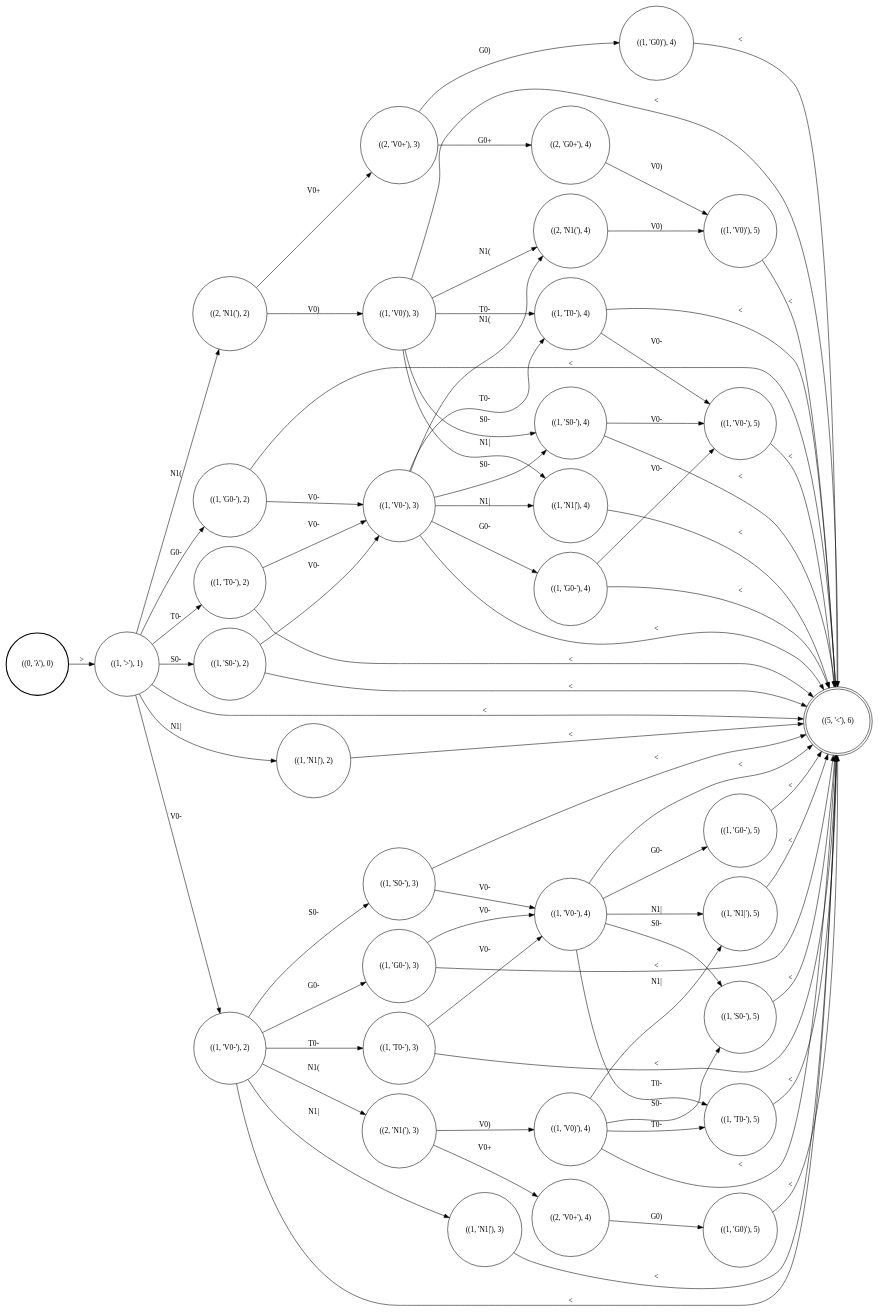
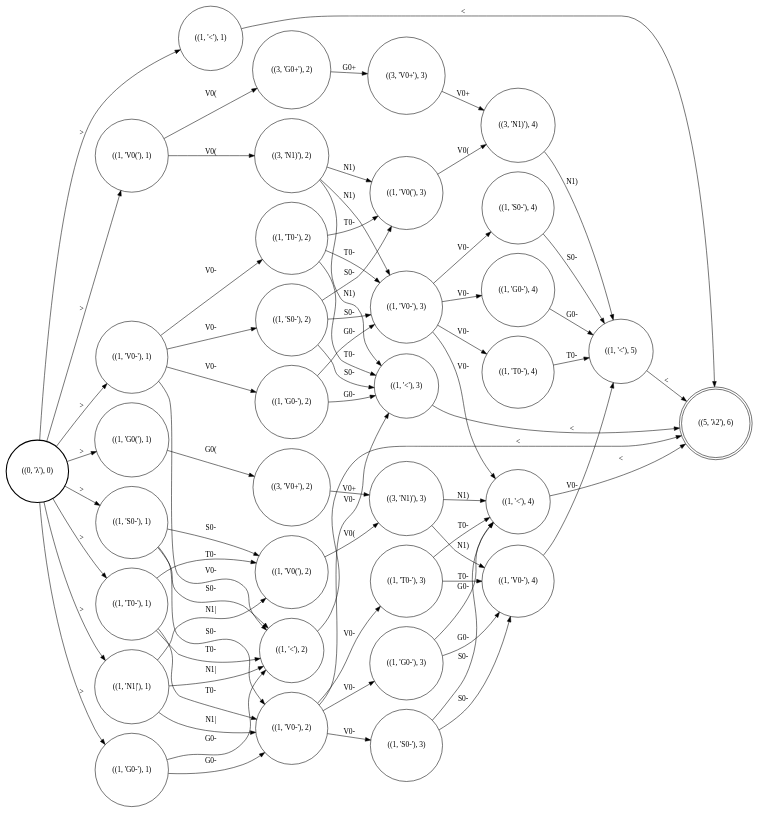
One commit to colincwilson/statgram changed the diagram in demo/nasal_spreading/Output_nasal.dot. Above: the diagram before and after it, drawn with Graphviz. The commit also changed 7 other files, not shown here.

```diff
--- a/demo/nasal_spreading/Output_nasal.dot
+++ b/demo/nasal_spreading/Output_nasal.dot
@@ -1,110 +1,106 @@
 digraph G {
 rankdir=LR;
 node [shape=circle]
-0 [label="((1, 'N1|'), 3)"]
-1 [label="((2, 'V0+'), 3)"]
-2 [label="((1, 'V0-'), 3)"]
-3 [label="((1, 'G0-'), 2)"]
-4 [label="((2, 'N1('), 2)"]
-5 [label="((1, '>'), 1)"]
-6 [label="((1, 'S0-'), 4)"]
-7 [label="((1, 'T0-'), 2)"]
-8 [label="((1, 'N1|'), 4)"]
-9 [label="((1, 'V0-'), 4)"]
-10 [label="((1, 'V0)'), 3)"]
-11 [shape=doublecircle label="((5, '<'), 6)"]
-12 [label="((1, 'S0-'), 3)"]
-13 [label="((1, 'N1|'), 5)"]
-14 [label="((1, 'G0-'), 5)"]
-15 [label="((1, 'V0-'), 5)"]
-16 [label="((1, 'T0-'), 5)"]
-17 [label="((2, 'V0+'), 4)"]
-18 [label="((1, 'G0)'), 4)"]
-19 [label="((1, 'S0-'), 2)"]
-20 [label="((1, 'V0)'), 5)"]
-21 [label="((2, 'N1('), 4)"]
-22 [label="((1, 'G0-'), 4)"]
-23 [label="((1, 'T0-'), 4)"]
-24 [label="((1, 'N1|'), 2)"]
-25 [label="((1, 'V0-'), 2)"]
-26 [label="((1, 'G0)'), 5)"]
-27 [label="((1, 'G0-'), 3)"]
-28 [label="((1, 'V0)'), 4)"]
-29 [label="((2, 'N1('), 3)"]
-30 [style=bold label="((0, 'λ'), 0)"]
-31 [label="((2, 'G0+'), 4)"]
-32 [label="((1, 'S0-'), 5)"]
-33 [label="((1, 'T0-'), 3)"]
-25 -> 11 [label="<"]
-21 -> 20 [label="V0)"]
-25 -> 33 [label="T0-"]
-9 -> 32 [label="S0-"]
-25 -> 27 [label="G0-"]
-3 -> 11 [label="<"]
-9 -> 13 [label="N1|"]
+0 [label="((3, 'V0+'), 3)"]
+1 [label="((1, 'S0-'), 1)"]
+2 [label="((1, '<'), 3)"]
+3 [label="((1, 'V0-'), 2)"]
+4 [label="((3, 'G0+'), 2)"]
+5 [label="((1, 'G0-'), 3)"]
+6 [label="((1, 'G0('), 1)"]
+7 [label="((3, 'N1)'), 2)"]
+8 [label="((1, 'V0('), 3)"]
+9 [label="((1, 'T0-'), 2)"]
+10 [label="((1, '<'), 2)"]
+11 [label="((1, 'V0-'), 3)"]
+12 [label="((1, 'S0-'), 4)"]
+13 [label="((3, 'N1)'), 3)"]
+14 [label="((1, 'V0('), 2)"]
+15 [label="((1, 'T0-'), 3)"]
+16 [label="((1, '<'), 5)"]
+17 [label="((1, 'G0-'), 4)"]
+18 [label="((1, 'S0-'), 3)"]
+19 [label="((1, '<'), 1)"]
+20 [label="((1, 'V0-'), 4)"]
+21 [label="((3, 'N1)'), 4)"]
+22 [label="((1, 'V0('), 1)"]
+23 [style=bold label="((0, 'λ'), 0)"]
+24 [label="((1, 'G0-'), 1)"]
+25 [label="((1, '<'), 4)"]
+26 [label="((1, 'T0-'), 4)"]
+27 [label="((1, 'V0-'), 1)"]
+28 [label="((1, 'N1|'), 1)"]
+29 [label="((3, 'V0+'), 2)"]
+30 [label="((1, 'S0-'), 2)"]
+31 [shape=doublecircle label="((5, 'λ2'), 6)"]
+32 [label="((1, 'T0-'), 1)"]
+33 [label="((1, 'G0-'), 2)"]
+32 -> 14 [label="T0-"]
+25 -> 31 [label="<"]
+32 -> 3 [label="T0-"]
+9 -> 11 [label="T0-"]
+23 -> 19 [label=">"]
+19 -> 31 [label="<"]
+7 -> 2 [label="N1)"]
+15 -> 25 [label="T0-"]
+11 -> 12 [label="V0-"]
+7 -> 8 [label="N1)"]
+23 -> 6 [label=">"]
+1 -> 14 [label="S0-"]
+23 -> 1 [label=">"]
+1 -> 3 [label="S0-"]
+7 -> 11 [label="N1)"]
+13 -> 20 [label="N1)"]
+1 -> 10 [label="S0-"]
+23 -> 32 [label=">"]
+29 -> 13 [label="V0+"]
+5 -> 20 [label="G0-"]
+27 -> 9 [label="V0-"]
+5 -> 25 [label="G0-"]
+24 -> 3 [label="G0-"]
+20 -> 16 [label="V0-"]
+14 -> 13 [label="V0("]
+27 -> 30 [label="V0-"]
+33 -> 11 [label="G0-"]
+9 -> 8 [label="T0-"]
+27 -> 10 [label="V0-"]
+24 -> 10 [label="G0-"]
+11 -> 25 [label="V0-"]
+27 -> 33 [label="V0-"]
+33 -> 2 [label="G0-"]
+11 -> 17 [label="V0-"]
+4 -> 0 [label="G0+"]
+18 -> 20 [label="S0-"]
+12 -> 16 [label="S0-"]
+28 -> 14 [label="N1|"]
+3 -> 15 [label="V0-"]
+18 -> 25 [label="S0-"]
+28 -> 10 [label="N1|"]
+3 -> 18 [label="V0-"]
+28 -> 3 [label="N1|"]
+2 -> 31 [label="<"]
+8 -> 21 [label="V0("]
+22 -> 4 [label="V0("]
 3 -> 2 [label="V0-"]
-9 -> 11 [label="<"]
-0 -> 11 [label="<"]
-9 -> 16 [label="T0-"]
-1 -> 18 [label="G0)"]
-9 -> 14 [label="G0-"]
-1 -> 31 [label="G0+"]
-17 -> 26 [label="G0)"]
-12 -> 11 [label="<"]
-12 -> 9 [label="V0-"]
-6 -> 11 [label="<"]
-2 -> 6 [label="S0-"]
-6 -> 15 [label="V0-"]
-2 -> 21 [label="N1("]
-18 -> 11 [label="<"]
-2 -> 8 [label="N1|"]
-28 -> 32 [label="S0-"]
-2 -> 11 [label="<"]
-30 -> 5 [label=">"]
-28 -> 11 [label="<"]
-2 -> 23 [label="T0-"]
-5 -> 24 [label="N1|"]
-2 -> 22 [label="G0-"]
-5 -> 11 [label="<"]
-28 -> 13 [label="N1|"]
-10 -> 6 [label="S0-"]
-5 -> 25 [label="V0-"]
-28 -> 16 [label="T0-"]
-10 -> 11 [label="<"]
-5 -> 3 [label="G0-"]
-31 -> 20 [label="V0)"]
-10 -> 21 [label="N1("]
-5 -> 19 [label="S0-"]
-10 -> 8 [label="N1|"]
-5 -> 7 [label="T0-"]
-8 -> 11 [label="<"]
-10 -> 23 [label="T0-"]
-5 -> 4 [label="N1("]
-14 -> 11 [label="<"]
-27 -> 11 [label="<"]
-23 -> 15 [label="V0-"]
-19 -> 11 [label="<"]
-15 -> 11 [label="<"]
-27 -> 9 [label="V0-"]
-19 -> 2 [label="V0-"]
-16 -> 11 [label="<"]
-29 -> 17 [label="V0+"]
-24 -> 11 [label="<"]
-26 -> 11 [label="<"]
-29 -> 28 [label="V0)"]
-4 -> 1 [label="V0+"]
-20 -> 11 [label="<"]
-33 -> 11 [label="<"]
-4 -> 10 [label="V0)"]
-13 -> 11 [label="<"]
-33 -> 9 [label="V0-"]
-7 -> 11 [label="<"]
-32 -> 11 [label="<"]
-22 -> 11 [label="<"]
-7 -> 2 [label="V0-"]
-22 -> 15 [label="V0-"]
-25 -> 12 [label="S0-"]
-23 -> 11 [label="<"]
-25 -> 29 [label="N1("]
-25 -> 0 [label="N1|"]
+23 -> 22 [label=">"]
+3 -> 5 [label="V0-"]
+17 -> 16 [label="G0-"]
+30 -> 8 [label="S0-"]
+15 -> 20 [label="T0-"]
+26 -> 16 [label="T0-"]
+23 -> 27 [label=">"]
+22 -> 7 [label="V0("]
+6 -> 29 [label="G0("]
+0 -> 21 [label="V0+"]
+30 -> 11 [label="S0-"]
+11 -> 26 [label="V0-"]
+23 -> 24 [label=">"]
+30 -> 2 [label="S0-"]
+13 -> 25 [label="N1)"]
+16 -> 31 [label="<"]
+9 -> 2 [label="T0-"]
+10 -> 31 [label="<"]
+21 -> 16 [label="N1)"]
+23 -> 28 [label=">"]
+32 -> 10 [label="T0-"]
 }
```
